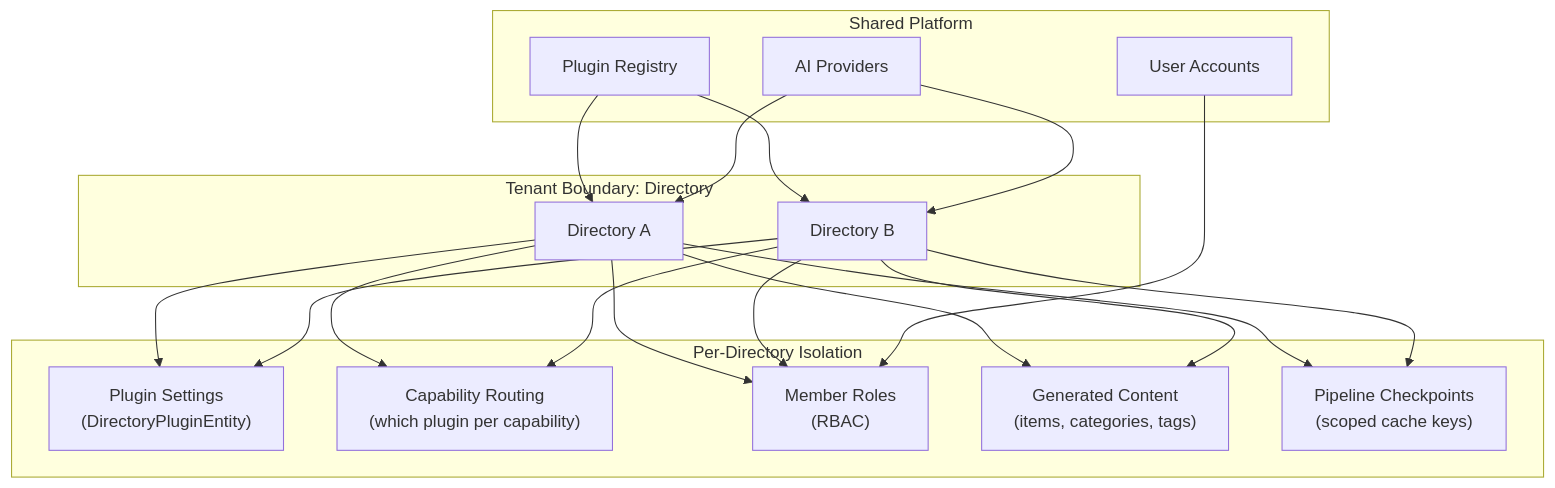
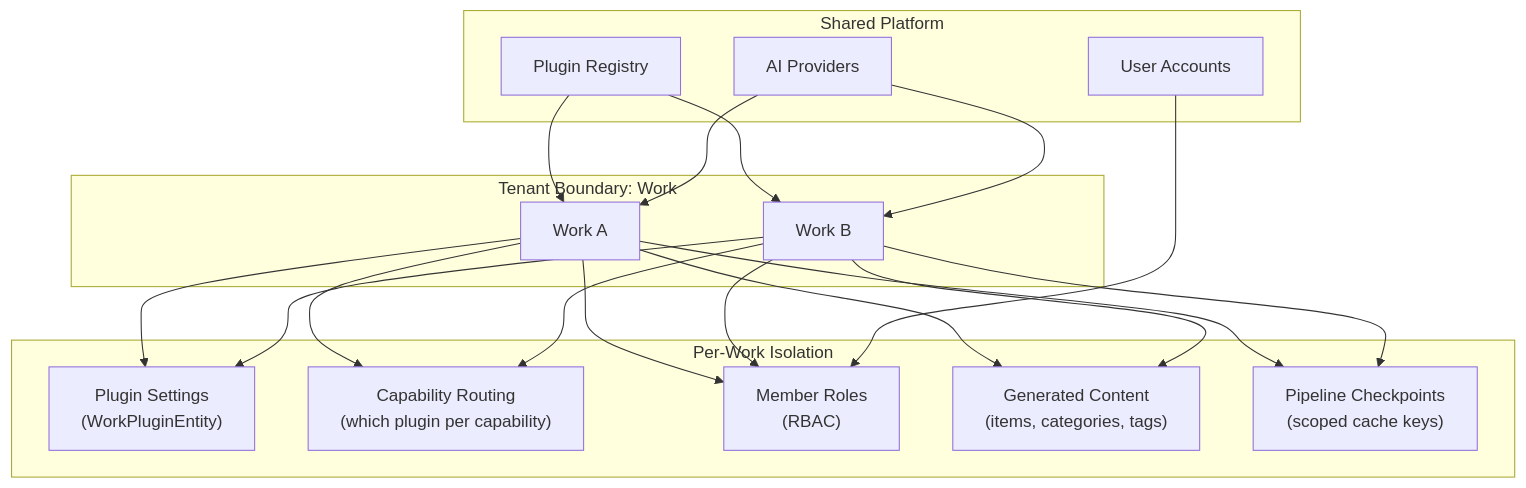
One commit to ever-works/ever-works changed the first of 6 diagrams in docs/advanced/multi-tenancy.md. Above: the diagram before and after it, drawn with Mermaid. The commit also changed other lines of this file and 395 other files, not shown here.

````diff
--- a/docs/advanced/multi-tenancy.md
+++ b/docs/advanced/multi-tenancy.md
@@ -21,37 +21,37 @@
 ```mermaid
 graph TD
-    subgraph "Tenant Boundary: Directory"
-        A["Directory A"]
-        B["Directory B"]
+    subgraph "Tenant Boundary: Work"
+        A["Work A"]
+        B["Work B"]
     end
 
     subgraph "Shared Platform"
         C[Plugin Registry]
         D[AI Providers]
         E[User Accounts]
     end
 
-    subgraph "Per-Directory Isolation"
-        F["Plugin Settings<br/>(DirectoryPluginEntity)"]
+    subgraph "Per-Work Isolation"
+        F["Plugin Settings<br/>(WorkPluginEntity)"]
         G["Capability Routing<br/>(which plugin per capability)"]
         H["Member Roles<br/>(RBAC)"]
         I["Generated Content<br/>(items, categories, tags)"]
         J["Pipeline Checkpoints<br/>(scoped cache keys)"]
     end
 
     A --> F
     A --> G
     A --> H
     A --> I
     A --> J
     B --> F
     B --> G
     B --> H
     B --> I
     B --> J
     C --> A
     C --> B
     D --> A
     D --> B
     E --> H
 ```
````
